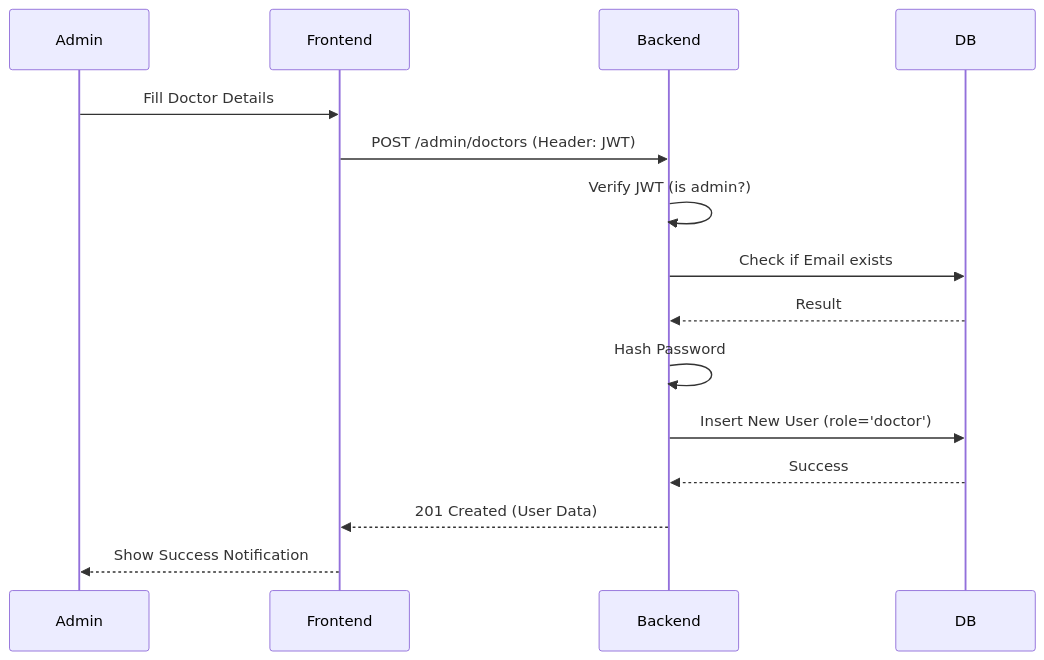
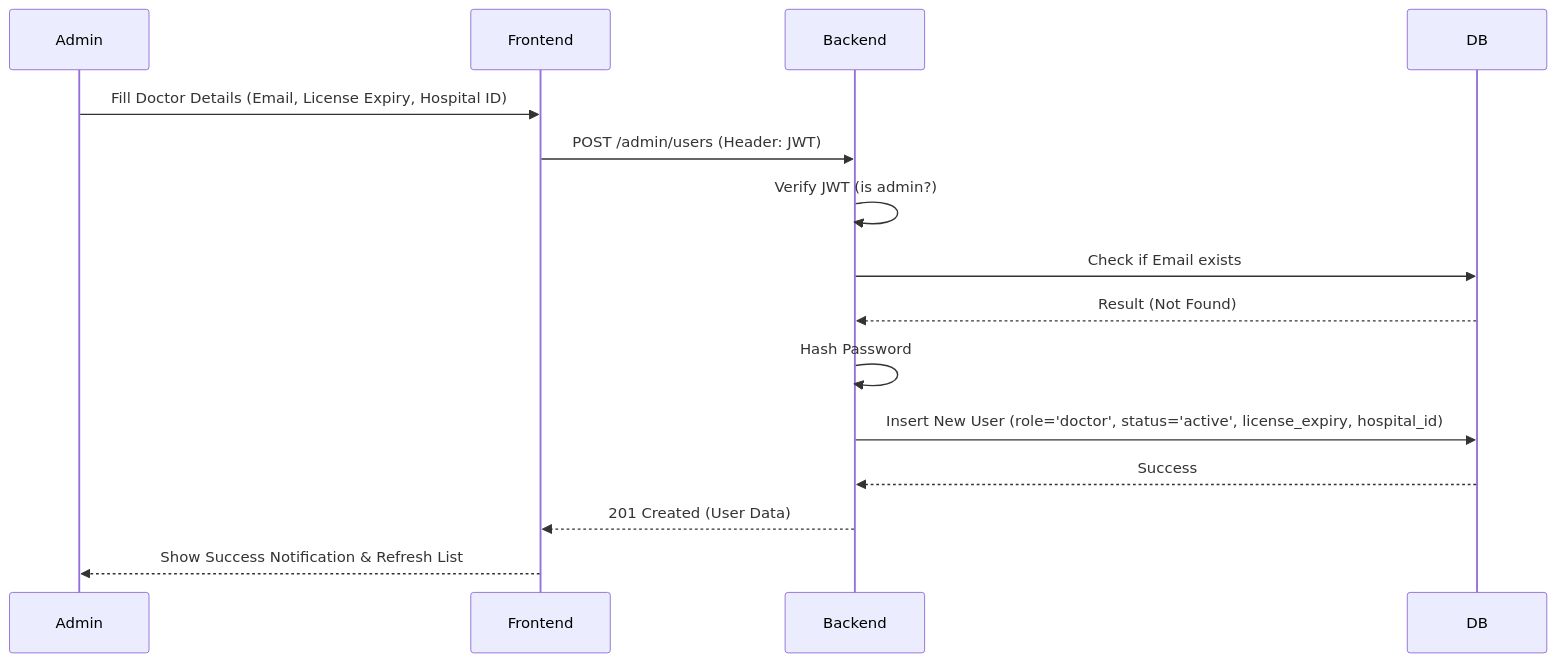
The diagram in conception/sequence_doctor_creation.md (aymen-ftita/BioVant), drawn with Mermaid before and after one commit. The commit also changed 76 other files, not shown here.

````diff
--- a/conception/sequence_doctor_creation.md
+++ b/conception/sequence_doctor_creation.md
@@ -3,18 +3,18 @@
 ```mermaid
 sequenceDiagram
     participant Admin
     participant Frontend
     participant Backend
     participant DB
 
-    Admin->>Frontend: Fill Doctor Details
-    Frontend->>Backend: POST /admin/doctors (Header: JWT)
+    Admin->>Frontend: Fill Doctor Details (Email, License Expiry, Hospital ID)
+    Frontend->>Backend: POST /admin/users (Header: JWT)
     Backend->>Backend: Verify JWT (is admin?)
     Backend->>DB: Check if Email exists
-    DB-->>Backend: Result
+    DB-->>Backend: Result (Not Found)
     Backend->>Backend: Hash Password
-    Backend->>DB: Insert New User (role='doctor')
+    Backend->>DB: Insert New User (role='doctor', status='active', license_expiry, hospital_id)
     DB-->>Backend: Success
     Backend-->>Frontend: 201 Created (User Data)
-    Frontend-->>Admin: Show Success Notification
+    Frontend-->>Admin: Show Success Notification & Refresh List
 ```
````
